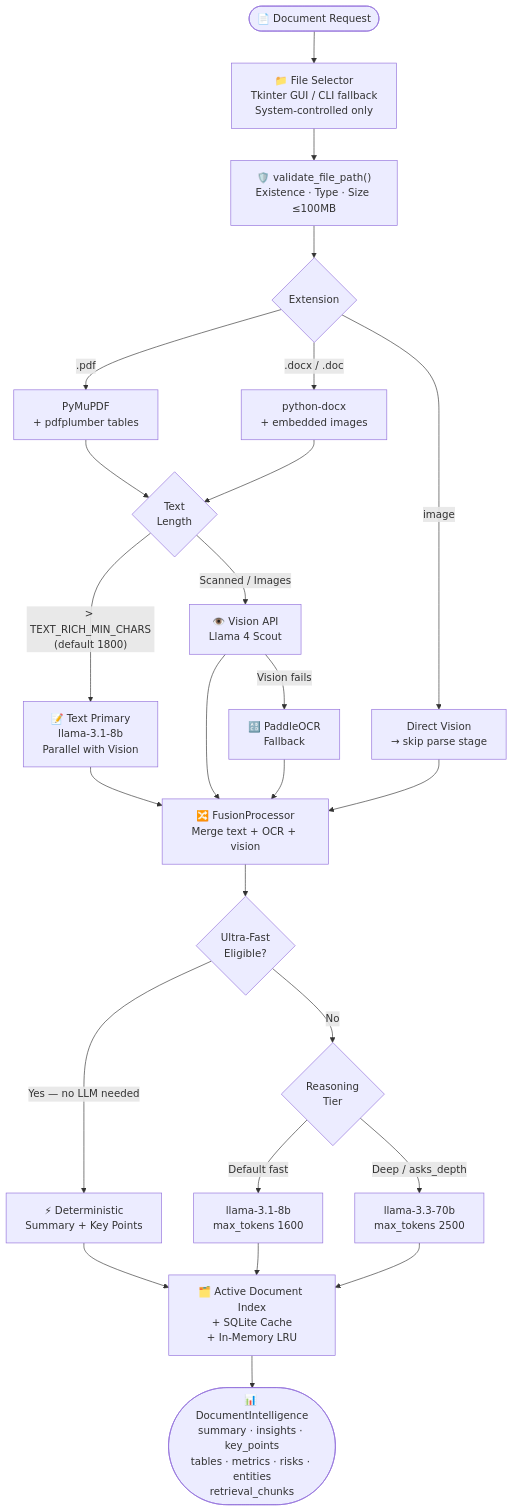
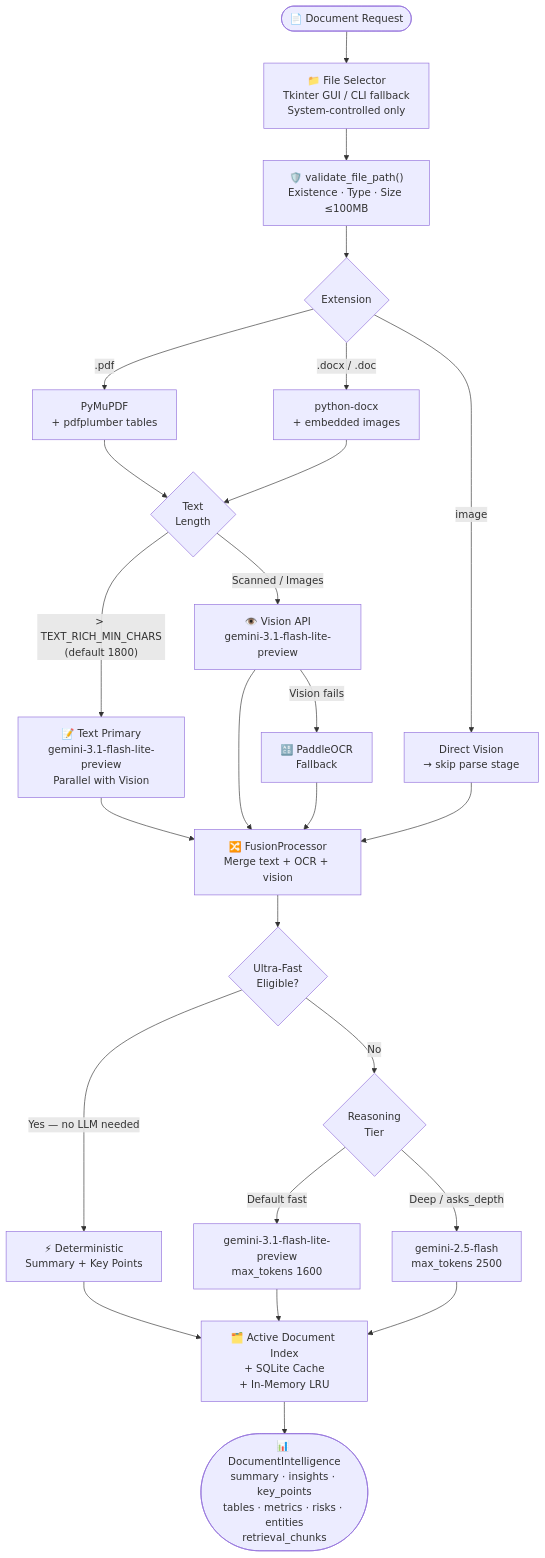
One commit to deepakrakshit/jarvis changed the fourth of 8 diagrams in docs/ARCHITECTURE.md. Above: the diagram before and after it, drawn with Mermaid. The commit also changed other lines of this file and 11 other files, not shown here.

````diff
--- a/docs/ARCHITECTURE.md
+++ b/docs/ARCHITECTURE.md
@@ -119,27 +121,27 @@
 ```mermaid
 flowchart TD
     A(["📄 Document Request"]) --> B["📁 File Selector\nTkinter GUI / CLI fallback\nSystem-controlled only"]
     B --> C["🛡️ validate_file_path()\nExistence · Type · Size ≤100MB"]
     C --> D{"Extension"}
 
     D -->|".pdf"| E["PyMuPDF\n+ pdfplumber tables"]
     D -->|".docx / .doc"| F["python-docx\n+ embedded images"]
     D -->|"image"| G["Direct Vision\n→ skip parse stage"]
 
     E & F --> H{"Text\nLength"}
 
-    H -->|"> TEXT_RICH_MIN_CHARS\n(default 1800)"| I["📝 Text Primary\nllama-3.1-8b\nParallel with Vision"]
-    H -->|"Scanned / Images"| J["👁️ Vision API\nLlama 4 Scout"]
+    H -->|"> TEXT_RICH_MIN_CHARS\n(default 1800)"| I["📝 Text Primary\ngemini-3.1-flash-lite-preview\nParallel with Vision"]
+    H -->|"Scanned / Images"| J["👁️ Vision API\ngemini-3.1-flash-lite-preview"]
     J -->|"Vision fails"| K["🔠 PaddleOCR\nFallback"]
 
     I & J & K & G --> L["🔀 FusionProcessor\nMerge text + OCR + vision"]
 
     L --> M{"Ultra-Fast\nEligible?"}
     M -->|"Yes — no LLM needed"| N["⚡ Deterministic\nSummary + Key Points"]
     M -->|"No"| O{"Reasoning\nTier"}
-    O -->|"Default fast"| P["llama-3.1-8b\nmax_tokens 1600"]
-    O -->|"Deep / asks_depth"| Q["llama-3.3-70b\nmax_tokens 2500"]
+    O -->|"Default fast"| P["gemini-3.1-flash-lite-preview\nmax_tokens 1600"]
+    O -->|"Deep / asks_depth"| Q["gemini-2.5-flash\nmax_tokens 2500"]
 
     N & P & Q --> R["🗂️ Active Document Index\n+ SQLite Cache\n+ In-Memory LRU"]
     R --> S(["📊 DocumentIntelligence\nsummary · insights · key_points\ntables · metrics · risks · entities\nretrieval_chunks"])
 ```
````
